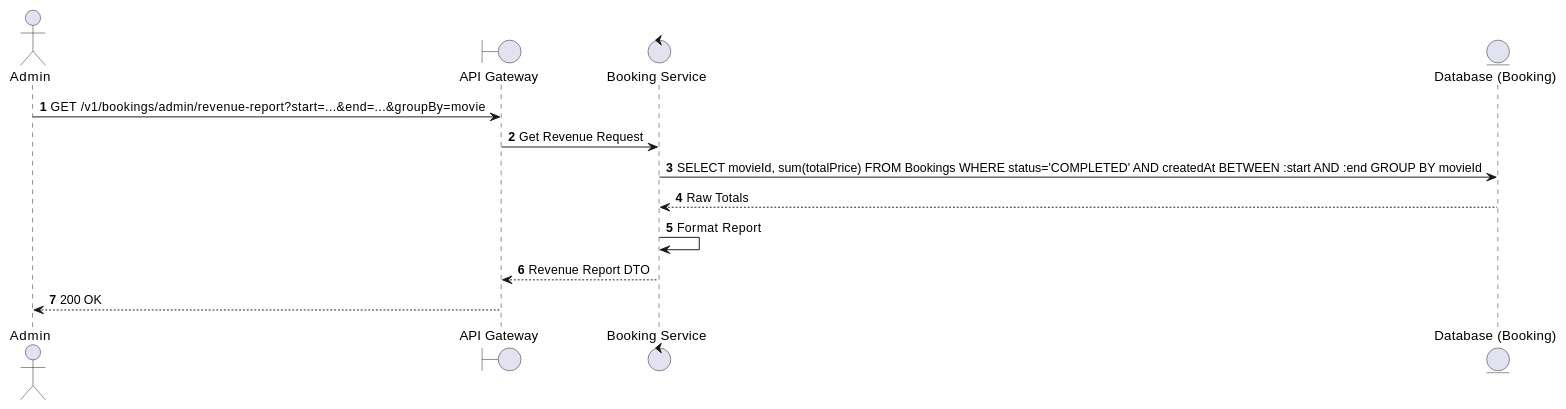
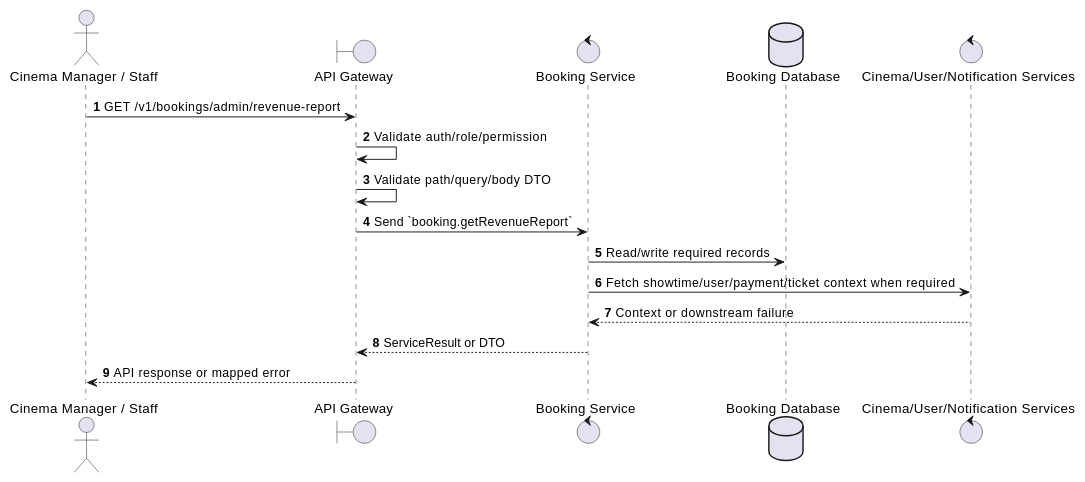
The first of 2 diagrams in docs/functional_specs/3.5.2_Admin_Booking_Operations/BK-A09_Get_Revenue_Report.md (Tanh1603/movie-hub-architecture), drawn with PlantUML before and after one commit. The commit also changed other lines of this file and 126 other files, not shown here.

````diff
--- a/docs/functional_specs/3.5.2_Admin_Booking_Operations/BK-A09_Get_Revenue_Report.md
+++ b/docs/functional_specs/3.5.2_Admin_Booking_Operations/BK-A09_Get_Revenue_Report.md
@@ -17,17 +17,20 @@
 ```plantuml
 @startuml
 autonumber
-actor Admin
+actor "Cinema Manager / Staff" as Actor
 boundary "API Gateway" as GW
-control "Booking Service" as BS
-entity "Database (Booking)" as DB
+control "Booking Service" as SVC
+database "Booking Database" as DB
+control "Cinema/User/Notification Services" as EXT
 
-Admin -> GW: GET /v1/bookings/admin/revenue-report?start=...&end=...&groupBy=movie
-GW -> BS: Get Revenue Request
-BS -> DB: SELECT movieId, sum(totalPrice) FROM Bookings WHERE status='COMPLETED' AND createdAt BETWEEN :start AND :end GROUP BY movieId
-DB --> BS: Raw Totals
-BS -> BS: Format Report
-BS --> GW: Revenue Report DTO
-GW --> Admin: 200 OK
+Actor -> GW: GET /v1/bookings/admin/revenue-report
+GW -> GW: Validate auth/role/permission
+GW -> GW: Validate path/query/body DTO
+GW -> SVC: Send `booking.getRevenueReport`
+SVC -> DB: Read/write required records
+SVC -> EXT: Fetch showtime/user/payment/ticket context when required
+EXT --> SVC: Context or downstream failure
+SVC --> GW: ServiceResult or DTO
+GW --> Actor: API response or mapped error
 @enduml
 ```
````
